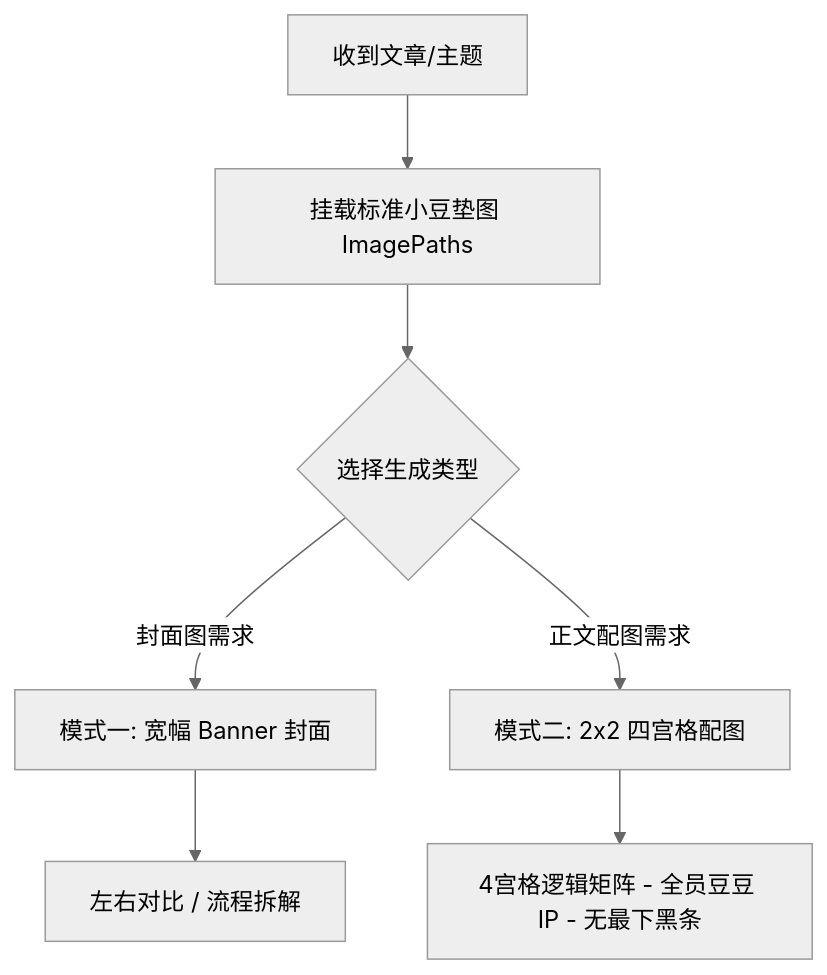
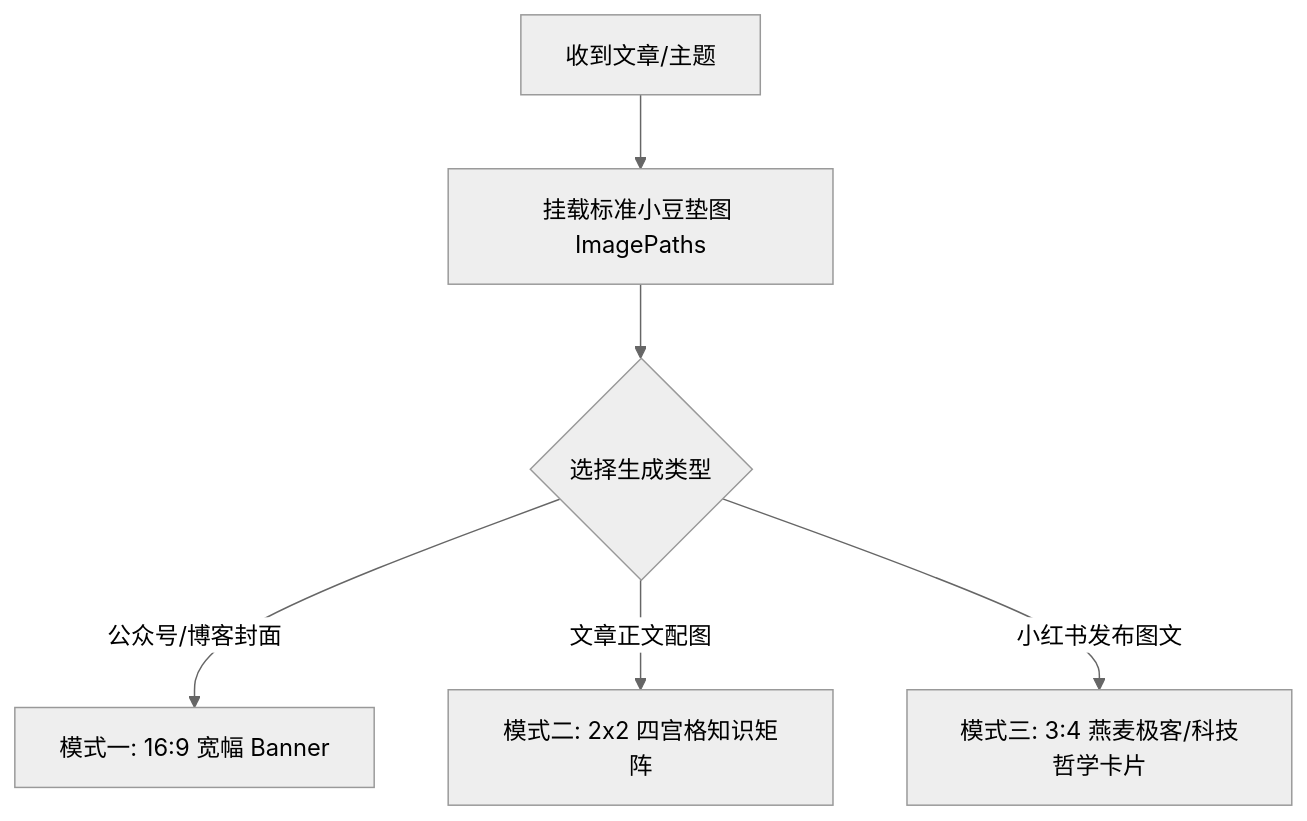
Before and after one commit to isdou/xiaodou-skill: the diagram in SKILL.md, drawn with Mermaid (neutral theme). The commit also changed other lines of this file and 2 other files, not shown here.

````diff
--- a/SKILL.md
+++ b/SKILL.md
@@ -49,9 +37,8 @@
 ```mermaid
 graph TD
     A[收到文章/主题] --> B[挂载标准小豆垫图 ImagePaths]
     B --> C{选择生成类型}
-    C -->|封面图需求| D[模式一: 宽幅 Banner 封面]
-    C -->|正文配图需求| E[模式二: 2x2 四宫格配图]
-    D --> D1[左右对比 / 流程拆解]
-    E --> E1[4宫格逻辑矩阵 - 全员豆豆 IP - 无最下黑条]
+    C -->|公众号/博客封面| D[模式一: 16:9 宽幅 Banner]
+    C -->|文章正文配图| E[模式二: 2x2 四宫格知识矩阵]
+    C -->|小红书发布图文| F[模式三: 3:4 燕麦极客/科技哲学卡片]
 ```
````
